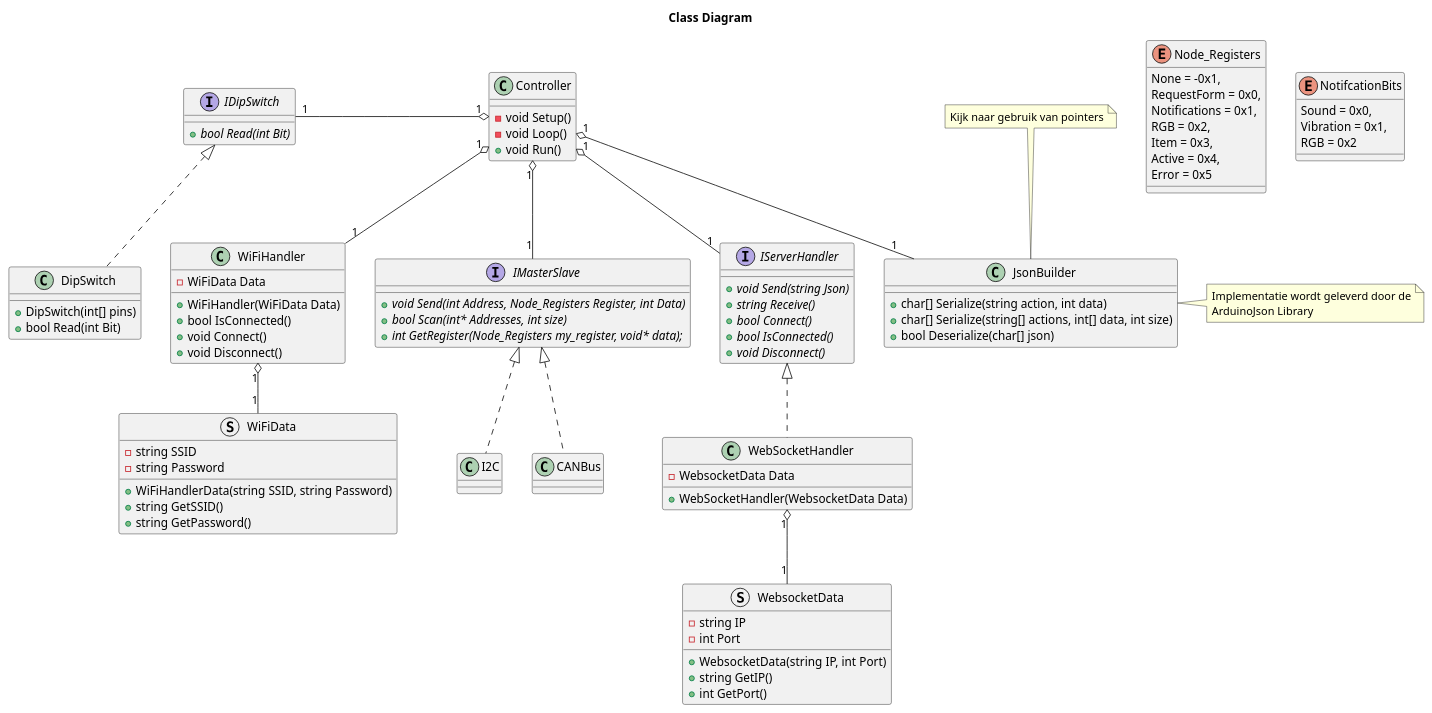
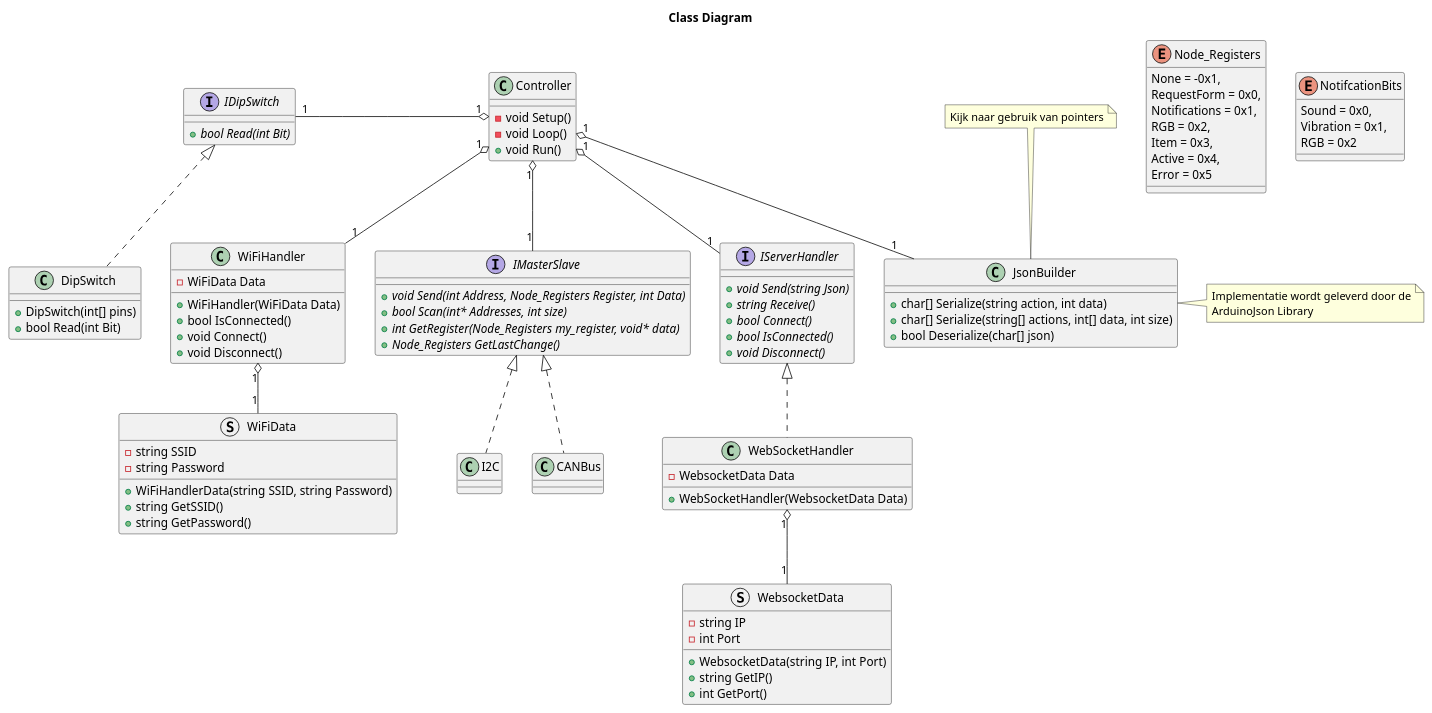
One commit to T3-FindIt/FindIt changed the diagram in Designs/ESP-32/Design.wsd. Above: the diagram before and after it, drawn with PlantUML.

Commit message:
Design updated with methods

```diff
--- a/Designs/ESP-32/Design.wsd
+++ b/Designs/ESP-32/Design.wsd
@@ -1,123 +1,125 @@
 @startuml ClassDiagram
 Title Class Diagram
 
 Class Controller
 {
     {method} - void Setup()
     {method} - void Loop()
     {method} + void Run()
 }
 
 Interface IServerHandler
 {
     {abstract} + void Send(string Json)
     {abstract} + string Receive()
     {abstract} + bool Connect()
     {abstract} + bool IsConnected()
     {abstract} + void Disconnect()
 }
 
 Class WiFiHandler
 {
     {field} - WiFiData Data
     {method} + WiFiHandler(WiFiData Data)
     {method} + bool IsConnected()
     {method} + void Connect()
     {method} + void Disconnect()
 }
 
 Class WebSocketHandler
 {
     {field} - WebsocketData Data
     {method} + WebSocketHandler(WebsocketData Data)
 }
 
 Struct WebsocketData
 {
     {field} - string IP
     {field} - int Port
 
     {method} + WebsocketData(string IP, int Port)
     {method} + string GetIP()
     {method} + int GetPort()
 }
 
 Struct WiFiData
 {
     {field} - string SSID
     {field} - string Password
 
     {method} + WiFiHandlerData(string SSID, string Password)
     {method} + string GetSSID()
     {method} + string GetPassword()
 }
 
 Interface IDipSwitch
 {
     {abstract} + bool Read(int Bit)
 }
 
 class DipSwitch
 {
     {method} + DipSwitch(int[] pins)
     {method} + bool Read(int Bit)
 }
 
 
 Interface IMasterSlave
 {
     {abstract} + void Send(int Address, Node_Registers Register, int Data)
     {abstract} + bool Scan(int* Addresses, int size)
-    {abstract} + int GetRegister(Node_Registers my_register, void* data);
+    {abstract} + int GetRegister(Node_Registers my_register, void* data)
+    {abstract} + Node_Registers GetLastChange()
+
 }
 
 enum Node_Registers
 {
     None = -0x1,
     RequestForm = 0x0,
     Notifications = 0x1,
     RGB = 0x2,
     Item = 0x3,
     Active = 0x4,
     Error = 0x5
 }
 
 enum NotifcationBits 
 {
     Sound = 0x0,
     Vibration = 0x1,
     RGB = 0x2
 }
 
 
 Class JsonBuilder
 {
     {method} + char[] Serialize(string action, int data)
     {method} + char[] Serialize(string[] actions, int[] data, int size)
     {method} + bool Deserialize(char[] json)
 }
 
 note right of JsonBuilder : Implementatie wordt geleverd door de\nArduinoJson Library
 note top of JsonBuilder : Kijk naar gebruik van pointers
 
 ' EMPTY CLASSES
 Class CANBus
 Class I2C
 ' END OF EMPYY CLASSES 
 
 IMasterSlave <|.. I2C
 IMasterSlave <|.. CANBus
 IDipSwitch <|.. DipSwitch
 IServerHandler <|.. WebSocketHandler
 
 Controller "1" o-- "1" WiFiHandler
 Controller "1" o-- "1" IMasterSlave
 Controller "1" o-- "1" JsonBuilder
 Controller "1" o-left- "1" IDipSwitch
 Controller "1" o-- "1" IServerHandler
 
 WiFiHandler "1" o-- "1" WiFiData
 WebSocketHandler "1" o-- "1" WebsocketData
 
 
 @enduml
```
